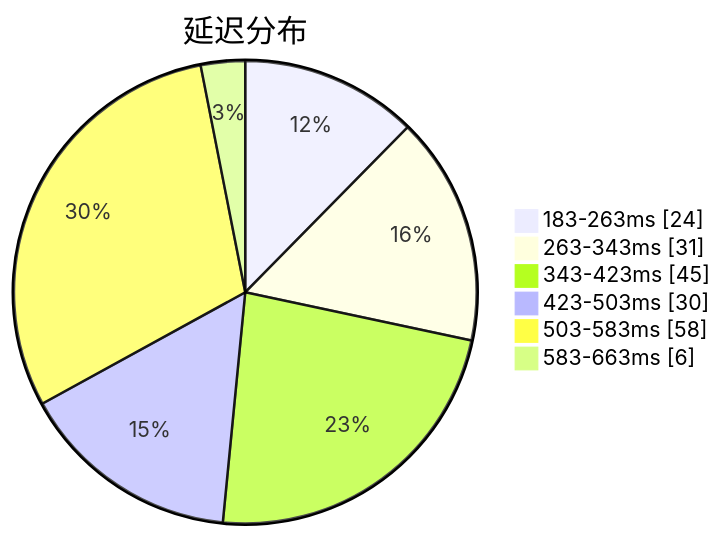
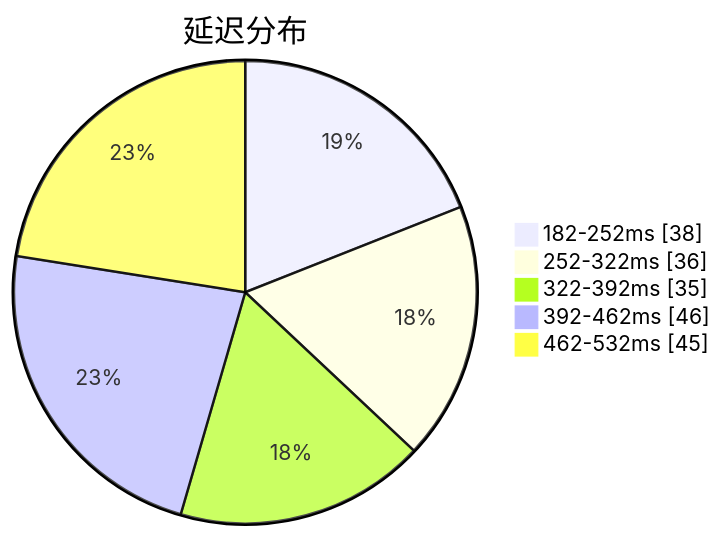
One commit to qjlxg/airport changed the first of 3 diagrams in subs/statistics/tested_within.md. Above: the diagram before and after it, drawn with Mermaid. The commit also changed other lines of this file and 2 other files, not shown here.

````diff
--- a/subs/statistics/tested_within.md
+++ b/subs/statistics/tested_within.md
@@ -2,10 +2,9 @@
 ```mermaid
 pie showData
 title 延迟分布
-"183-263ms" : 24
-"263-343ms" : 31
-"343-423ms" : 45
-"423-503ms" : 30
-"503-583ms" : 58
-"583-663ms" : 6
+"182-252ms" : 38
+"252-322ms" : 36
+"322-392ms" : 35
+"392-462ms" : 46
+"462-532ms" : 45
 ```
````
